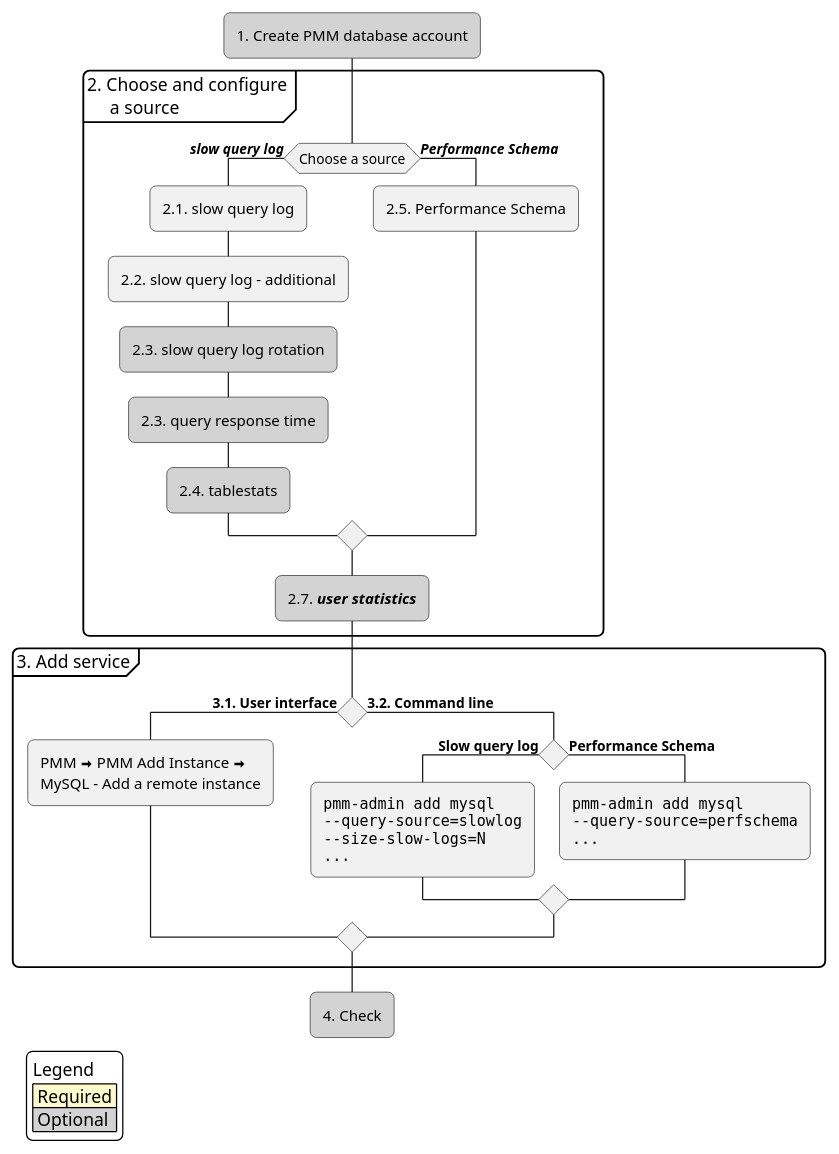
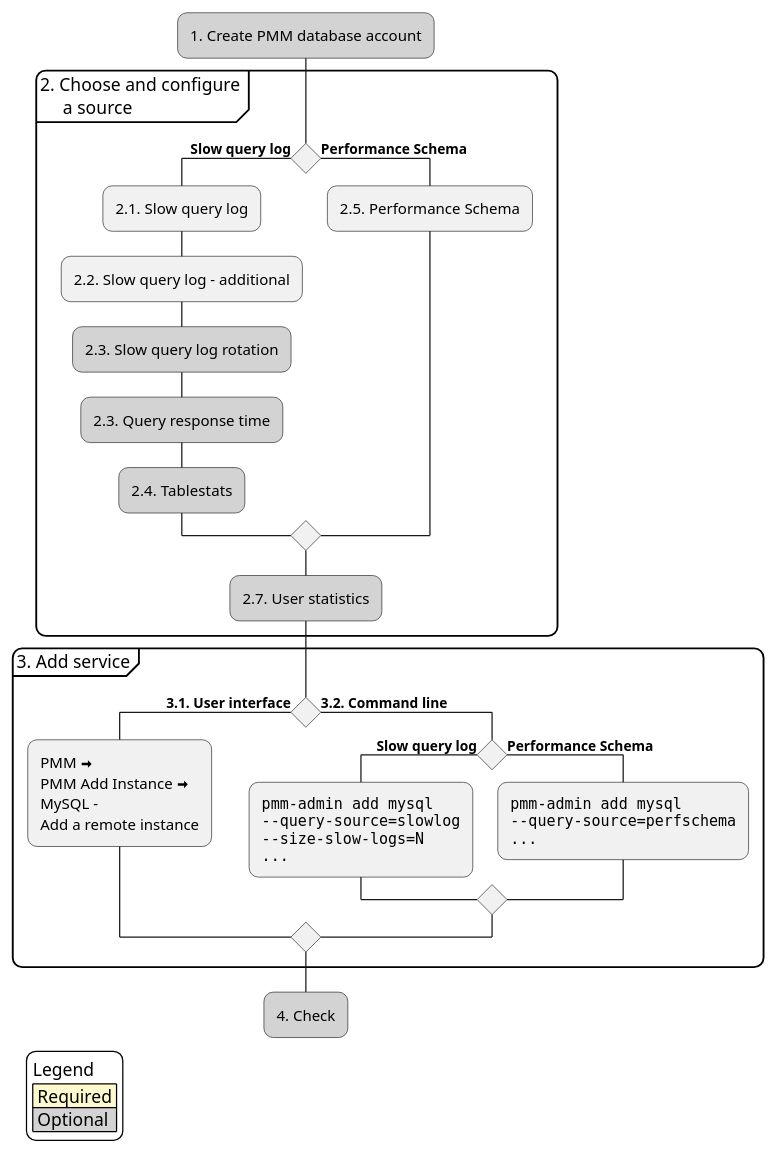
Before and after one commit to percona/pmm-doc: the diagram in _resources/diagrams/Setting-Up_Client_MySQL.puml, drawn with PlantUML.

Commit message:
Map formatting

```diff
--- a/_resources/diagrams/Setting-Up_Client_MySQL.puml
+++ b/_resources/diagrams/Setting-Up_Client_MySQL.puml
@@ -6,46 +6,46 @@
 @startuml "setting-up_client_mysql"
 skinparam ArrowHeadColor none
-skinparam roundCorner 10
+skinparam roundCorner 15
 skinparam legendBackgroundColor #0000
 'title "Setting up PMM Client to monitor a MySQL host\nOverview\n"
 legend bottom left
 Legend
 <#lemonchiffon>| Required |
 <#lightgrey>| Optional |
 endlegend
 
 #lightgrey:1. Create PMM database account;
 partition "2. Choose and configure\n     a source" {
-	if (Choose a source) then (**//slow query log//**)
-		:2.1. slow query log;
-		:2.2. slow query log - additional;
-		#lightgrey:2.3. slow query log rotation;
-		#lightgrey:2.3. query response time;
-		#lightgrey:2.4. tablestats;
-	else (**//Performance Schema//**)
+	if () then (**Slow query log**)
+		:2.1. Slow query log;
+		:2.2. Slow query log - additional;
+		#lightgrey:2.3. Slow query log rotation;
+		#lightgrey:2.3. Query response time;
+		#lightgrey:2.4. Tablestats;
+	else (**Performance Schema**)
 		:2.5. Performance Schema;
 	endif
-	#lightgrey:2.7. **//user statistics//**;
+	#lightgrey:2.7. User statistics;
 }
 partition "3. Add service" {
 	if () then (**3.1. User interface**)
-		:PMM <&arrow-thick-right> PMM Add Instance <&arrow-thick-right>\nMySQL - Add a remote instance;
+		:PMM <&arrow-thick-right>\nPMM Add Instance <&arrow-thick-right>\nMySQL -\nAdd a remote instance;
 	else (**3.2. Command line**)
 		if () then (**Slow query log**)
 			:<code>
 			pmm-admin add mysql
 			--query-source=slowlog
 			--size-slow-logs=N
 			...
 			</code>;
 		else (**Performance Schema**)
 			:<code>
 			pmm-admin add mysql
 			--query-source=perfschema
 			...
 			</code>;
 		endif
 	endif
 }
 #lightgrey:4. Check;
 @enduml
```
